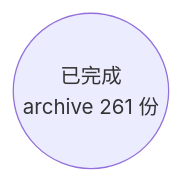
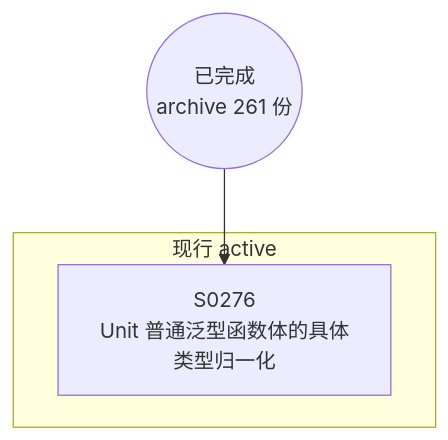
One commit to Halckon/Koven changed the diagram in docs/specs/dependency-graph.md. Above: the diagram before and after it, drawn with Mermaid. The commit also changed other lines of this file and 11 other files, not shown here.

````diff
--- a/docs/specs/dependency-graph.md
+++ b/docs/specs/dependency-graph.md
@@ -9,4 +9,8 @@
 ```mermaid
 flowchart TD
 ARCH(("已完成<br/>archive 261 份"))
+subgraph Gactive["现行 active"]
+  S0276["S0276<br/>Unit 普通泛型函数体的具体类型归一化"]
+end
+ARCH --> S0276
 ```
````
